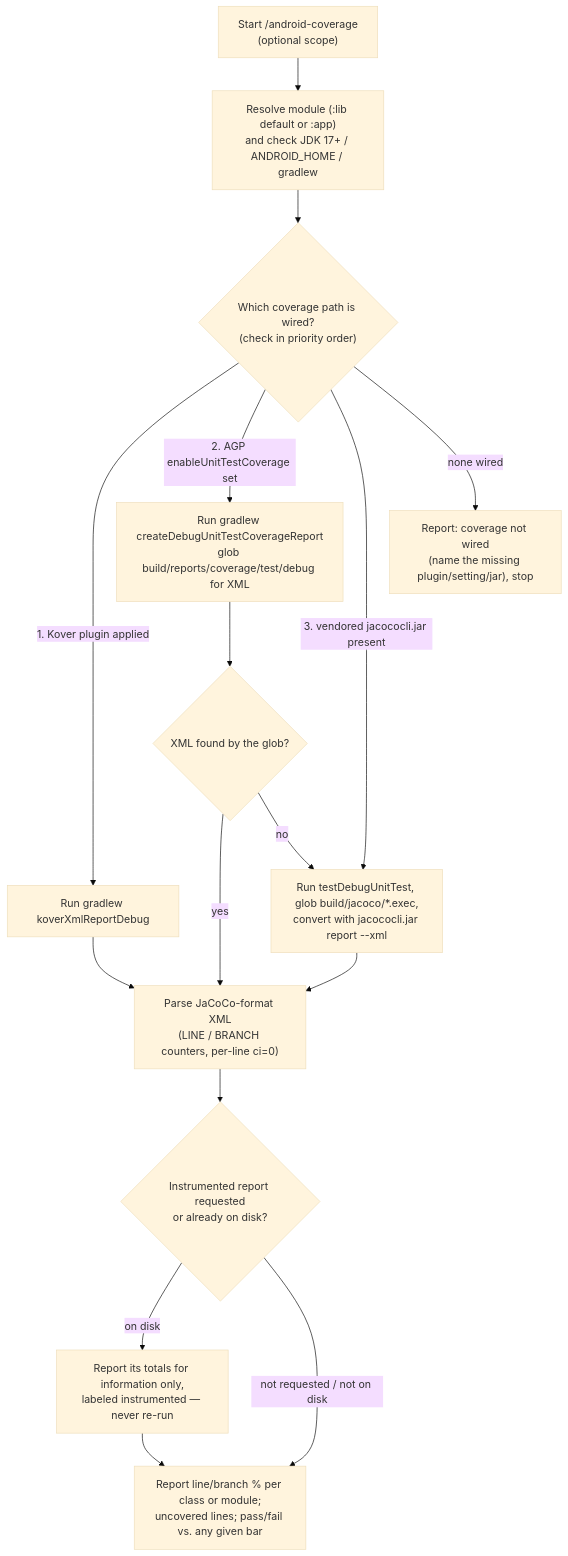
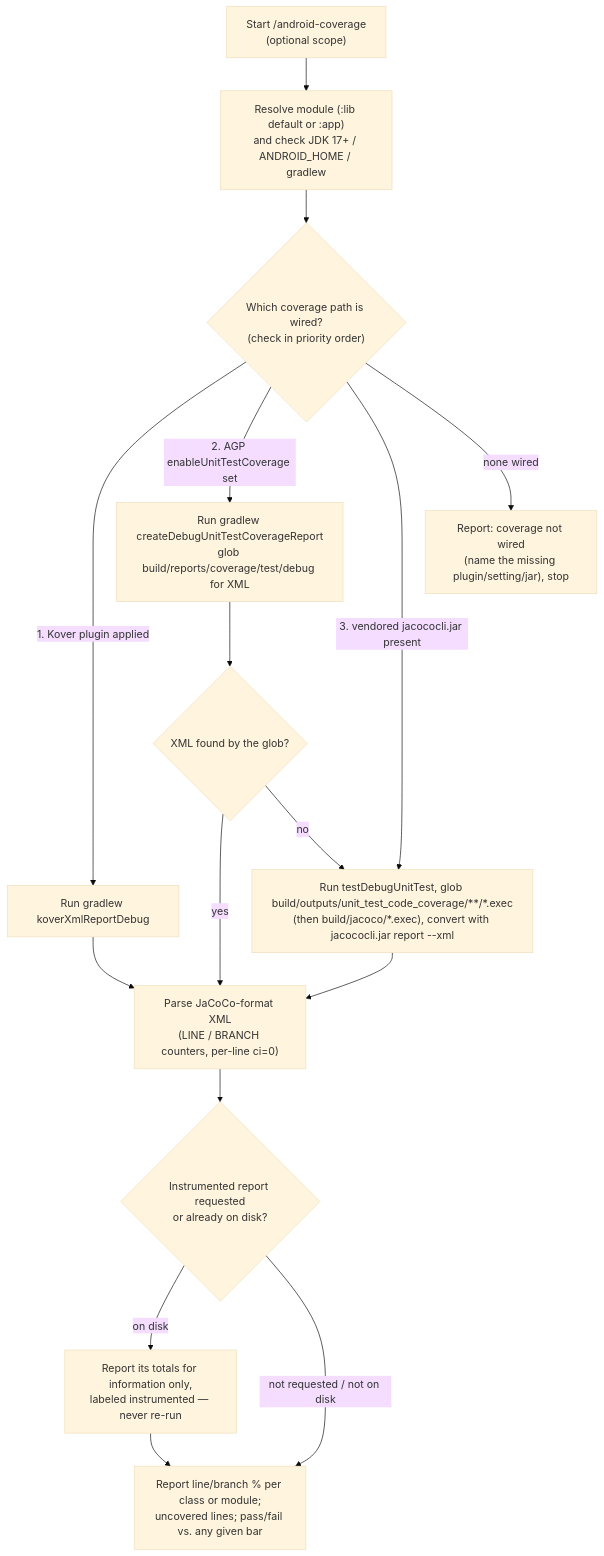
The diagram in docs/modules/ROOT/pages/skills/iru-android-coverage.adoc (albertoirurueta/ai-catalog), drawn with Mermaid (base theme) before and after one commit. The commit also changed 57 other files, not shown here.

```diff
--- a/docs/modules/ROOT/pages/skills/iru-android-coverage.adoc
+++ b/docs/modules/ROOT/pages/skills/iru-android-coverage.adoc
@@ -65,19 +65,19 @@
 [mermaid]
 ....
 flowchart TD
     A["Start /android-coverage\n(optional scope)"] --> B["Resolve module (:lib default or :app)\nand check JDK 17+ / ANDROID_HOME / gradlew"]
     B --> C{"Which coverage path is wired?\n(check in priority order)"}
     C -- "1. Kover plugin applied" --> D["Run gradlew koverXmlReportDebug"]
     C -- "2. AGP enableUnitTestCoverage set" --> E["Run gradlew createDebugUnitTestCoverageReport\nglob build/reports/coverage/test/debug for XML"]
-    C -- "3. vendored jacococli.jar present" --> F["Run testDebugUnitTest, glob build/jacoco/*.exec,\nconvert with jacococli.jar report --xml"]
+    C -- "3. vendored jacococli.jar present" --> F["Run testDebugUnitTest, glob build/outputs/unit_test_code_coverage/**/*.exec\n(then build/jacoco/*.exec), convert with jacococli.jar report --xml"]
     C -- "none wired" --> G["Report: coverage not wired\n(name the missing plugin/setting/jar), stop"]
     E --> E2{"XML found by the glob?"}
     E2 -- yes --> H
     E2 -- "no" --> F
     D --> H["Parse JaCoCo-format XML\n(LINE / BRANCH counters, per-line ci=0)"]
     F --> H
     H --> I{"Instrumented report requested\nor already on disk?"}
     I -- "on disk" --> J["Report its totals for information only,\nlabeled instrumented — never re-run"]
     I -- "not requested / not on disk" --> K
     J --> K["Report line/branch % per class or module;\nuncovered lines; pass/fail vs. any given bar"]
 ....
```
